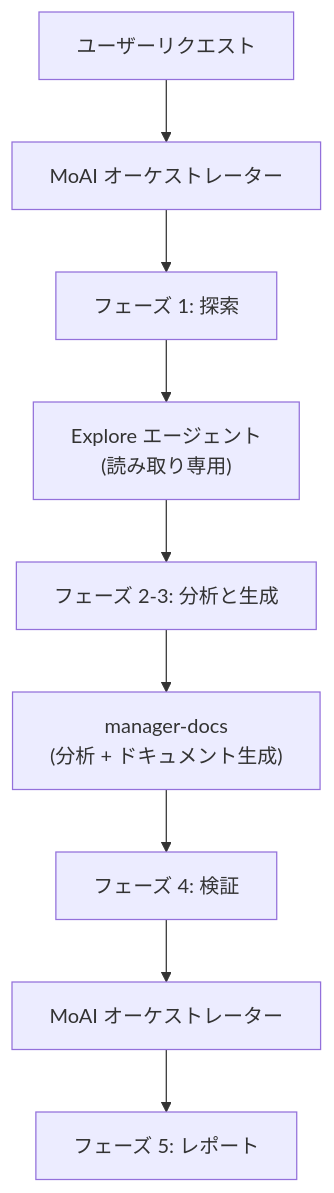
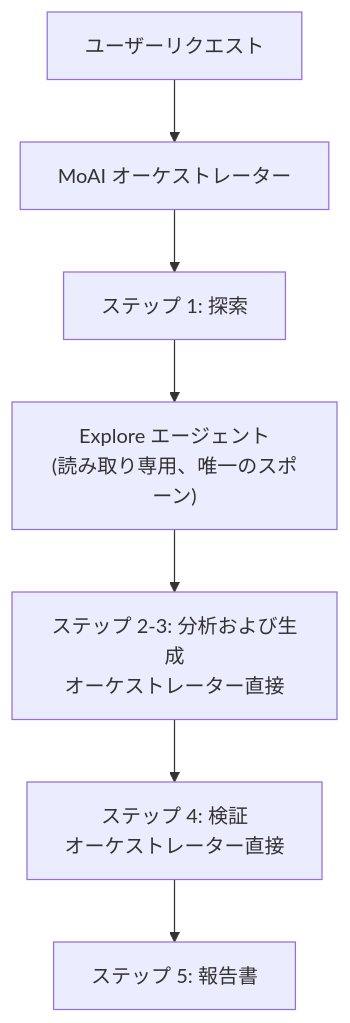
The second of 2 diagrams in docs-site/content/ja/utility-commands/moai-codemaps.md (modu-ai/moai-adk), drawn with Mermaid before and after one commit. The commit also changed other lines of this file and 180 other files, not shown here.

````diff
--- a/docs-site/content/ja/utility-commands/moai-codemaps.md
+++ b/docs-site/content/ja/utility-commands/moai-codemaps.md
@@ -184,14 +186,12 @@
 ```mermaid
 flowchart TD
     User["ユーザーリクエスト"] --> MoAI["MoAI オーケストレーター"]
-    MoAI --> Phase1["フェーズ 1: 探索"]
-    Phase1 --> Explore["Explore エージェント<br/>(読み取り専用)"]
+    MoAI --> Phase1["ステップ 1: 探索"]
+    Phase1 --> Explore["Explore エージェント<br/>(読み取り専用、唯一のスポーン)"]
 
-    Explore --> Phase23["フェーズ 2-3: 分析と生成"]
-    Phase23 --> Docs["manager-docs<br/>(分析 + ドキュメント生成)"]
+    Explore --> Phase23["ステップ 2-3: 分析および生成<br/>オーケストレーター直接"]
 
-    Docs --> Phase4["フェーズ 4: 検証"]
-    Phase4 --> MoAI2["MoAI オーケストレーター"]
+    Phase23 --> Phase4["ステップ 4: 検証<br/>オーケストレーター直接"]
 
-    MoAI2 --> Report["フェーズ 5: レポート"]
+    Phase4 --> Report["ステップ 5: 報告書"]
 ```
````
